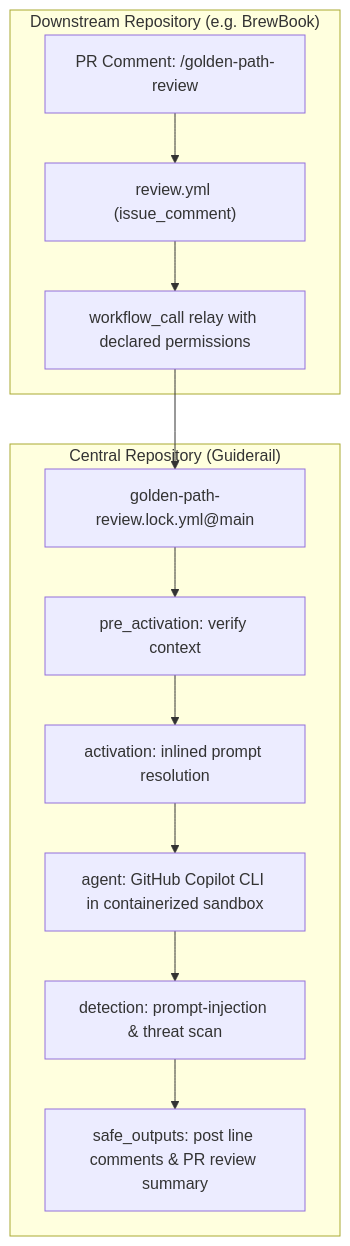
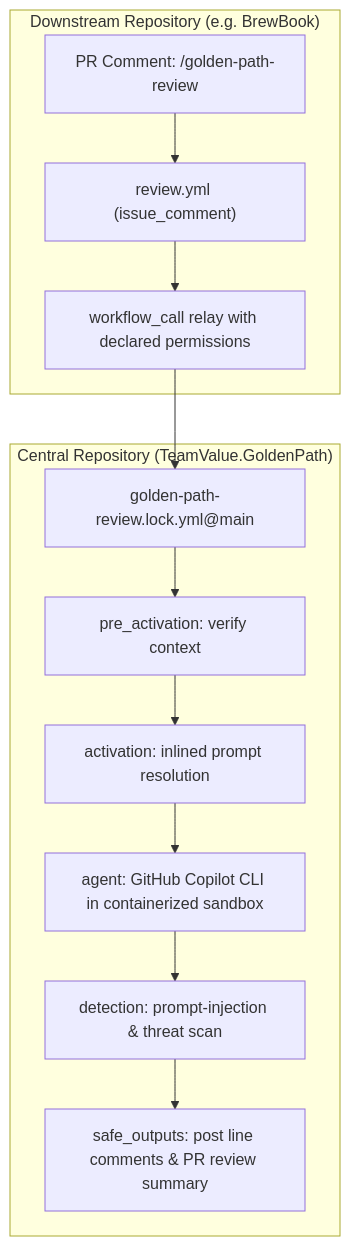
Before and after one commit to Joeghanoe/Guiderail: the diagram in docs/adr/0011-centralized-agentic-review-workflow.md, drawn with Mermaid. The commit also changed other lines of this file and 82 other files, not shown here.

````diff
--- a/docs/adr/0011-centralized-agentic-review-workflow.md
+++ b/docs/adr/0011-centralized-agentic-review-workflow.md
@@ -31,16 +31,16 @@
 ```mermaid
 flowchart TD
     subgraph Downstream["Downstream Repository (e.g. BrewBook)"]
         PR["PR Comment: /golden-path-review"] --> Trigger["review.yml (issue_comment)"]
         Trigger --> Caller["workflow_call relay with declared permissions"]
     end
 
-    subgraph Central["Central Repository (Guiderail)"]
+    subgraph Central["Central Repository (TeamValue.GoldenPath)"]
         Caller --> CentralLock["golden-path-review.lock.yml@main"]
         CentralLock --> PreAct["pre_activation: verify context"]
         PreAct --> Act["activation: inlined prompt resolution"]
         Act --> Agent["agent: GitHub Copilot CLI in containerized sandbox"]
         Agent --> Detection["detection: prompt-injection & threat scan"]
         Detection --> SafeOut["safe_outputs: post line comments & PR review summary"]
     end
 ```
````
